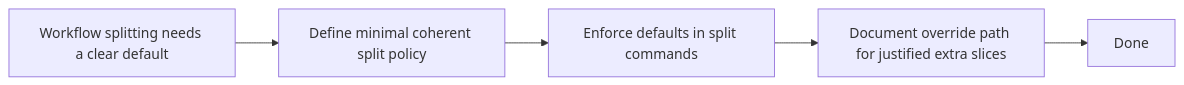
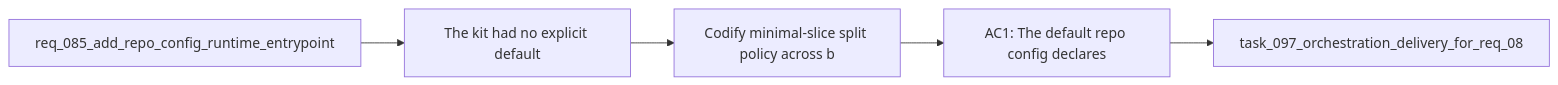
The diagram in logics/backlog/item_134_codify_minimal_slice_split_policy_across_backlog_generation_and_operator_guidance.md (AlexAgo83/logics-manager), drawn with Mermaid before and after one commit. The commit also changed 481 other files, not shown here.

````diff
--- a/logics/backlog/item_134_codify_minimal_slice_split_policy_across_backlog_generation_and_operator_guidance.md
+++ b/logics/backlog/item_134_codify_minimal_slice_split_policy_across_backlog_generation_and_operator_guidance.md
@@ -25,9 +25,9 @@
 ```mermaid
 %% logics-kind: backlog
 %% logics-signature: backlog|codify-minimal-slice-split-policy-across|req-085-add-repo-config-runtime-entrypoi|the-kit-had-no-explicit-default|ac1-the-default-repo-config-declares
 flowchart LR
-    Need[Workflow splitting needs a clear default] --> Policy[Define minimal coherent split policy]
-    Policy --> Enforce[Enforce defaults in split commands]
-    Enforce --> Guide[Document override path for justified extra slices]
-    Guide --> Done[Done]
+    Request[req_085_add_repo_config_runtime_entrypoint] --> Problem[The kit had no explicit default]
+    Problem --> Scope[Codify minimal-slice split policy across b]
+    Scope --> Acceptance[AC1: The default repo config declares]
+    Acceptance --> Tasks[task_097_orchestration_delivery_for_req_08]
 ```
````
